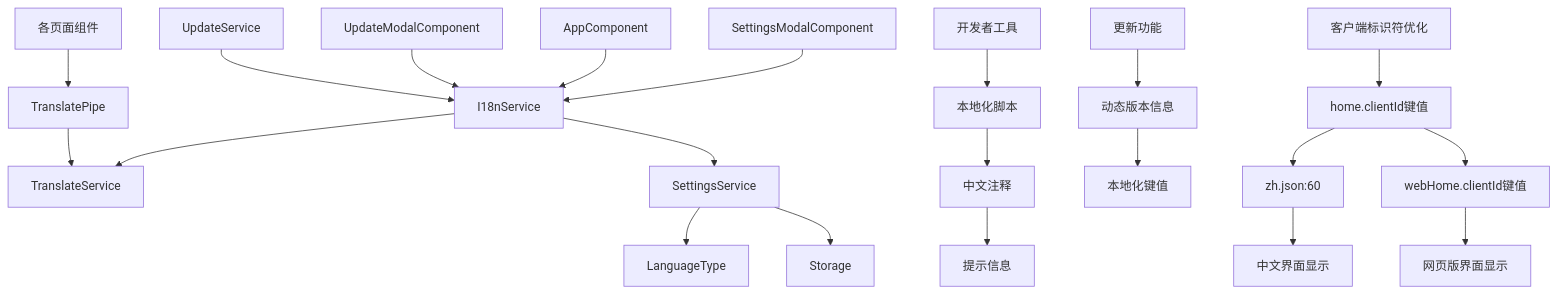
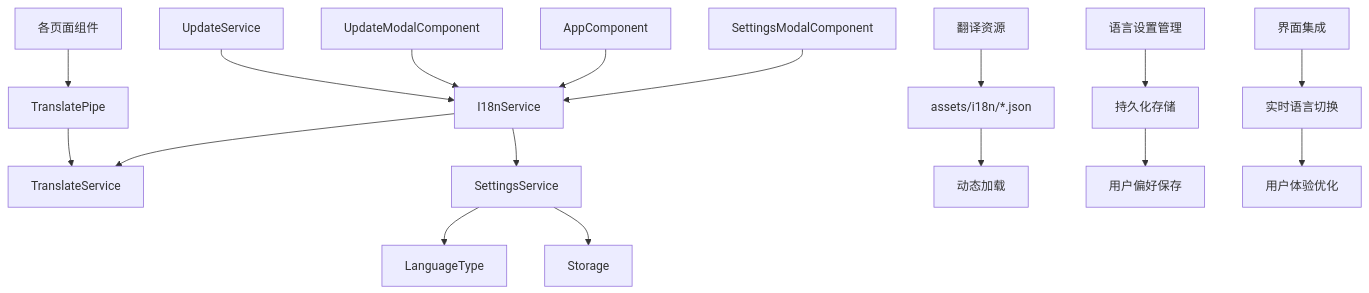
Before and after one commit to tea4go/Macro-Deck-Client-App: the eighth of 8 diagrams in .qoder/repowiki/zh/content/核心功能模块/国际化系统.md, drawn with Mermaid. The commit also changed other lines of this file and 47 other files, not shown here.

````diff
--- a/.qoder/repowiki/zh/content/核心功能模块/国际化系统.md
+++ b/.qoder/repowiki/zh/content/核心功能模块/国际化系统.md
@@ -606,23 +456,19 @@
 ```mermaid
 graph TD
 A[I18nService] --> B[TranslateService]
 A --> C[SettingsService]
 C --> D[LanguageType]
 C --> E[Storage]
 F[SettingsModalComponent] --> A
 G[AppComponent] --> A
 H[UpdateModalComponent] --> A
 I[UpdateService] --> A
 J[各页面组件] --> K[TranslatePipe]
 K --> B
-L[开发者工具] --> M[本地化脚本]
-M --> N[中文注释]
-N --> O[提示信息]
-P[更新功能] --> Q[动态版本信息]
-Q --> R[本地化键值]
-S[客户端标识符优化] --> T[home.clientId键值]
-T --> U[zh.json:60]
-T --> V[webHome.clientId键值]
-U --> W[中文界面显示]
-V --> X[网页版界面显示]
+L[翻译资源] --> M[assets/i18n/*.json]
+M --> N[动态加载]
+O[语言设置管理] --> P[持久化存储]
+P --> Q[用户偏好保存]
+R[界面集成] --> S[实时语言切换]
+S --> T[用户体验优化]
 ```
````
